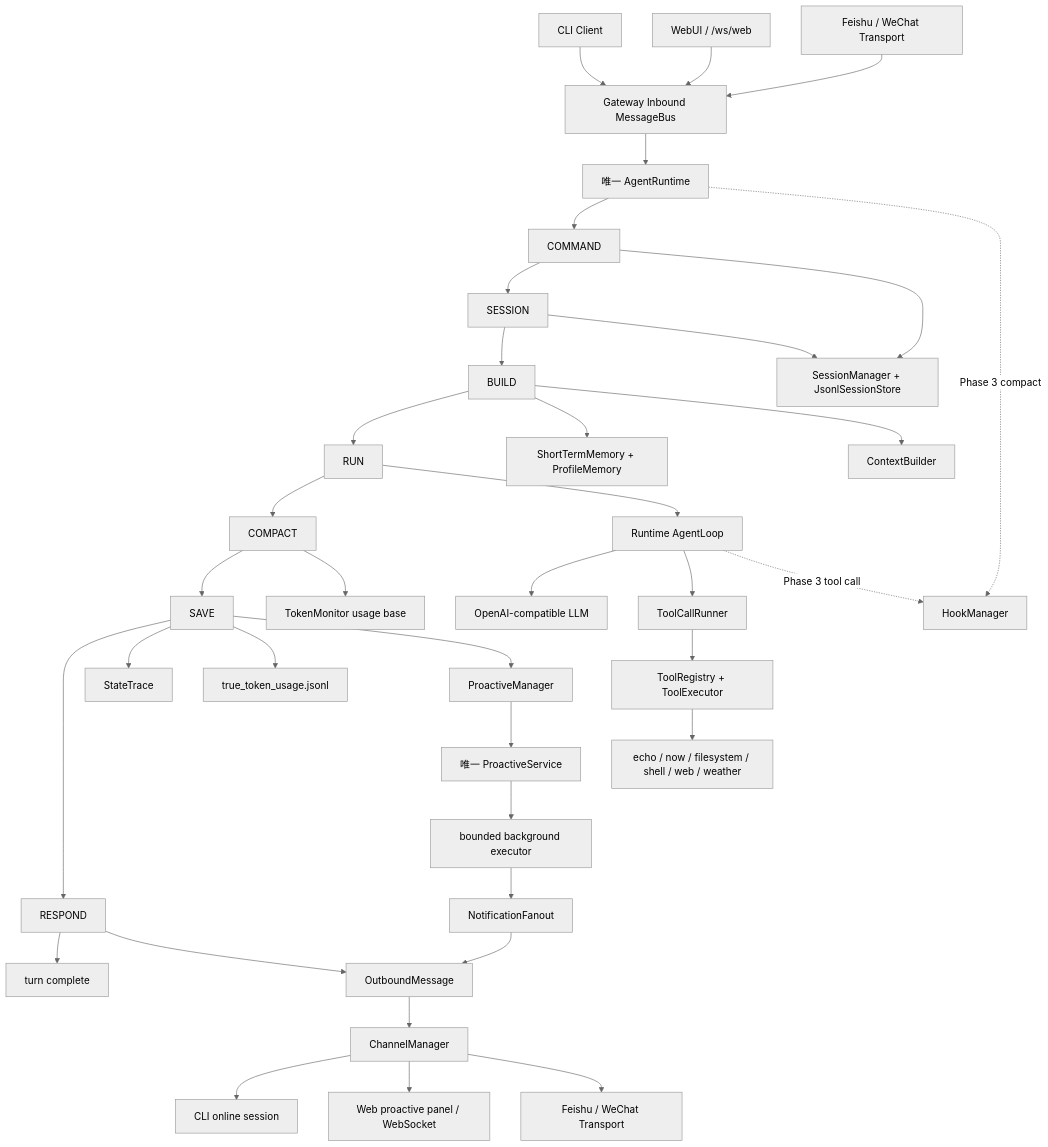
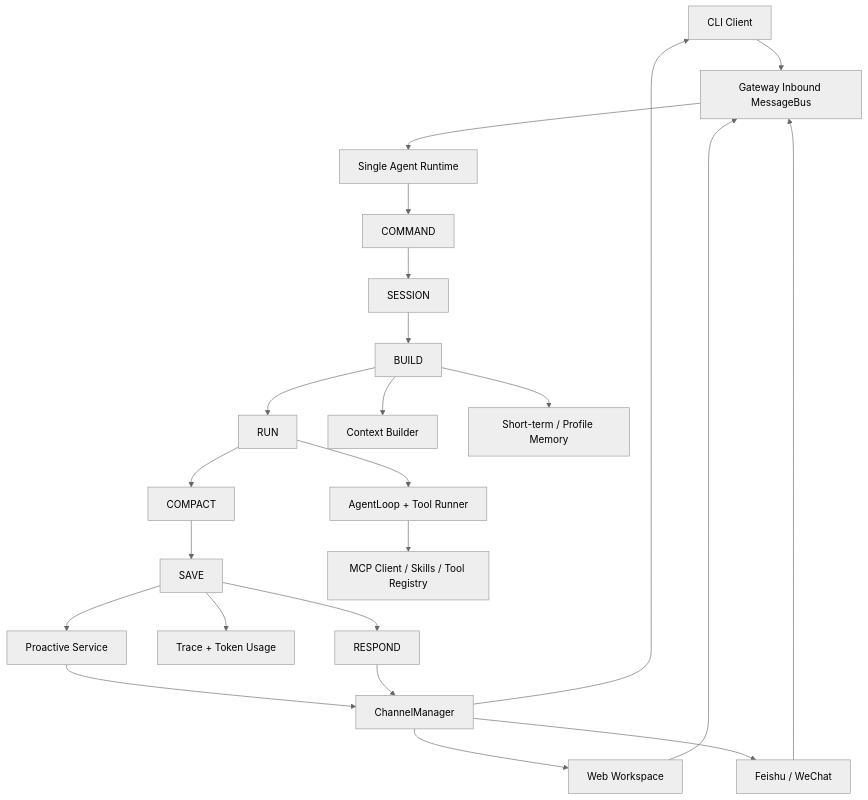
The diagram in README.md (neystan/Turning-Good-Agent), drawn with Mermaid (neutral theme) before and after one commit. The commit also changed other lines of this file and 1 other file, not shown here.

````diff
--- a/README.md
+++ b/README.md
@@ -200,45 +91,27 @@
 ```mermaid
 flowchart TD
-    CLI[CLI Client] --> Inbound[Gateway Inbound MessageBus]
-    WEB[WebUI / /ws/web] --> Inbound
-    IM[Feishu / WeChat Transport] --> Inbound
-    Inbound --> Runtime[唯一 AgentRuntime]
+    CLI[CLI Client] --> IN[Gateway Inbound MessageBus]
+    WEB[Web Workspace] --> IN
+    IM[Feishu / WeChat] --> IN
+    IN --> RT[Single Agent Runtime]
 
-    Runtime --> Command[COMMAND]
-    Command --> Session[SESSION]
-    Session --> Build[BUILD]
-    Build --> Run[RUN]
-    Run --> Compact[COMPACT]
-    Compact --> Save[SAVE]
-    Save --> Respond[RESPOND]
-    Respond --> End[turn complete]
+    RT --> COMMAND[COMMAND]
+    COMMAND --> SESSION[SESSION]
+    SESSION --> BUILD[BUILD]
+    BUILD --> RUN[RUN]
+    RUN --> COMPACT[COMPACT]
+    COMPACT --> SAVE[SAVE]
+    SAVE --> RESPOND[RESPOND]
 
-    Command --> SessionStore[SessionManager + JsonlSessionStore]
-    Session --> SessionStore
-    Build --> Memory[ShortTermMemory + ProfileMemory]
-    Build --> Context[ContextBuilder]
-
-    Run --> AgentLoop[Runtime AgentLoop]
-    AgentLoop --> LLM[OpenAI-compatible LLM]
-    AgentLoop --> ToolRunner[ToolCallRunner]
-    ToolRunner --> Tools[ToolRegistry + ToolExecutor]
-    Tools --> Builtins[echo / now / filesystem / shell / web / weather]
-
-    Runtime -. Phase 3 compact .-> Hooks[HookManager]
-    AgentLoop -. Phase 3 tool call .-> Hooks
-
-    Compact --> Token[TokenMonitor usage base]
-    Save --> Trace[StateTrace]
-    Save --> TokenUsage[true_token_usage.jsonl]
-    Save --> Proactive[ProactiveManager]
-    Proactive --> ProactiveService[唯一 ProactiveService]
-    ProactiveService --> Background[bounded background executor]
-    Background --> Fanout[NotificationFanout]
-
-    Respond --> Outbound[OutboundMessage]
-    Fanout --> Outbound
-    Outbound --> Manager[ChannelManager]
-    Manager --> CLIOut[CLI online session]
-    Manager --> WebOut[Web proactive panel / WebSocket]
-    Manager --> IMOut[Feishu / WeChat Transport]
+    BUILD --> CTX[Context Builder]
+    BUILD --> MEM[Short-term / Profile Memory]
+    RUN --> LOOP[AgentLoop + Tool Runner]
+    LOOP --> MCP[MCP Client / Skills / Tool Registry]
+    SAVE --> OBS[Trace + Token Usage]
+    SAVE --> PRO[Proactive Service]
+    PRO --> OUT[ChannelManager]
+    RESPOND --> OUT
+    OUT --> CLI
+    OUT --> WEB
+    OUT --> IM
 ```
````
